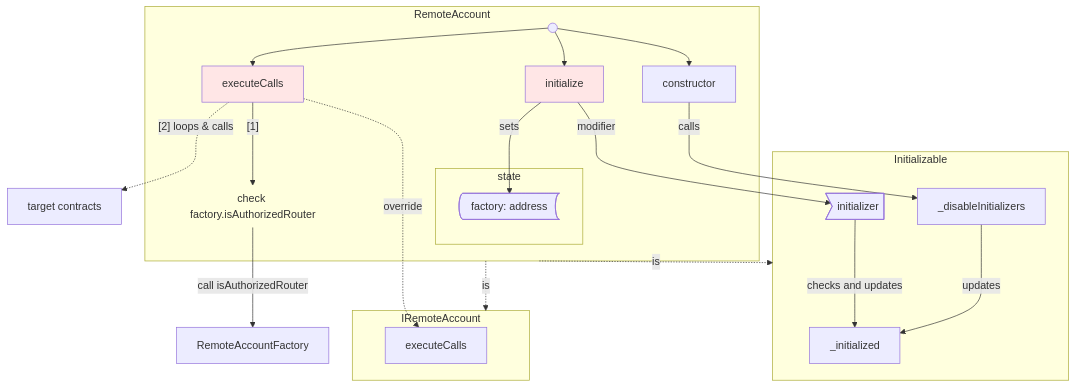
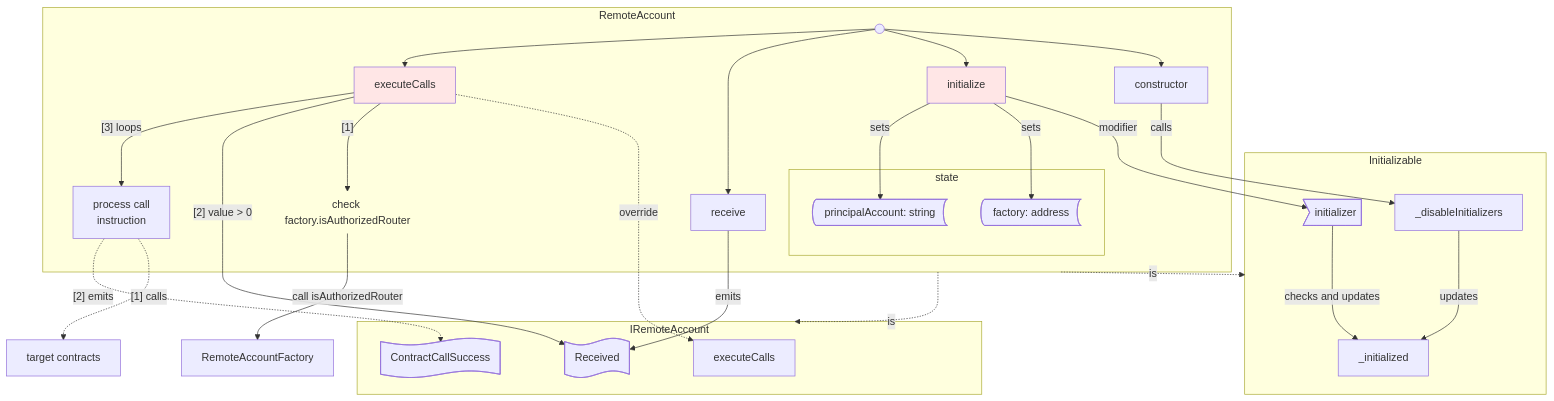
One commit to agoric-labs/agoric-to-axelar-local changed the fourth of 10 diagrams in packages/axelar-local-dev-cosmos/src/contracts/design.md. Above: the diagram before and after it, drawn with Mermaid. The commit also changed other lines of this file, not shown here.

````diff
--- a/packages/axelar-local-dev-cosmos/src/contracts/design.md
+++ b/packages/axelar-local-dev-cosmos/src/contracts/design.md
@@ -200,49 +204,61 @@
 ```mermaid
 graph TB
     subgraph Initializable
         _initialized
         _disableInitializers
         %% modifiers
         initializer@{shape: odd}
     end
     subgraph IRemoteAccount
         IRemoteAccount_executeCalls[executeCalls]
+        %% events
+        Received@{shape: flag}
+        ContractCallSuccess@{shape: flag}
     end
 
     subgraph RemoteAccount
         START@{shape: start}
         CTOR[constructor]
         initialize
+        receive
         executeCalls
         AUTH_CHECK@{shape: text, label: "check factory.isAuthorizedRouter"}
+        CALL["process call<br>instruction"]
         subgraph state
             factory_ref@{shape: stored-data, label: "factory: address"}
+            principalAccount_ref@{shape: stored-data, label: "principalAccount: string"}
         end
     end
 
     EXTERNAL[target contracts]
     FACTORY[RemoteAccountFactory]
 
     %% inheritance
     RemoteAccount -.->|is| Initializable
     RemoteAccount -.->|is| IRemoteAccount
     executeCalls -.->|override| IRemoteAccount_executeCalls
 
     %% operation
     START --> CTOR
     START --> initialize
+    START --> receive
     START --> executeCalls
     CTOR -->|calls| _disableInitializers
     initialize -->|modifier| initializer
     initialize -->|sets| factory_ref
+    initialize -->|sets| principalAccount_ref
     executeCalls -->|"[1]"| AUTH_CHECK
-    executeCalls -.->|"[2] loops & calls"| EXTERNAL
+    executeCalls -->|"[2] value > 0"| Received
+    executeCalls -->|"[3] loops"| CALL
+    CALL -.->|"[1] calls"| EXTERNAL
+    CALL -.->|"[2] emits"| ContractCallSuccess
+    receive -->|"emits"| Received
 
     %% state/dependency access
     AUTH_CHECK -->|call isAuthorizedRouter| FACTORY
     initializer -->|checks and updates| _initialized
     _disableInitializers -->|updates| _initialized
 
     style executeCalls fill:#ffe6e6
     style initialize fill:#ffe6e6
 ```
````
